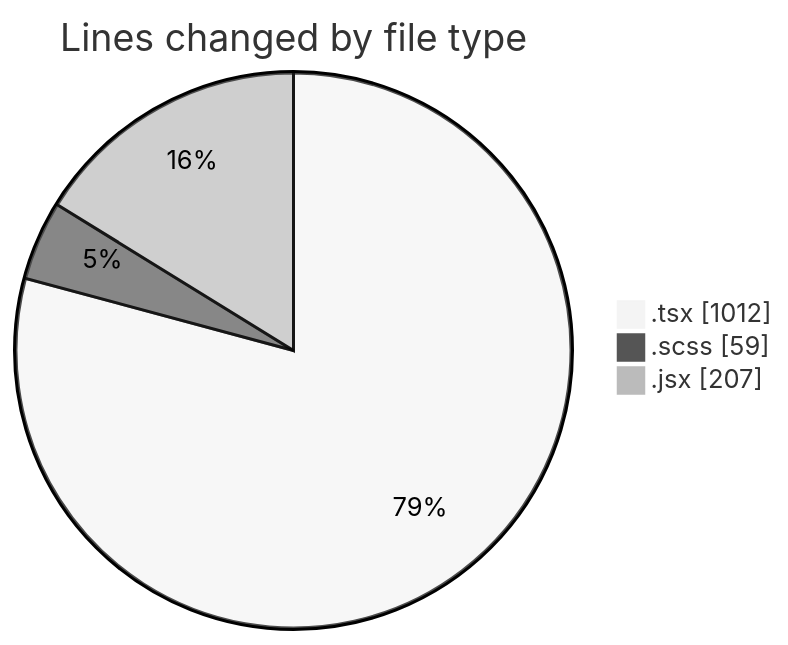
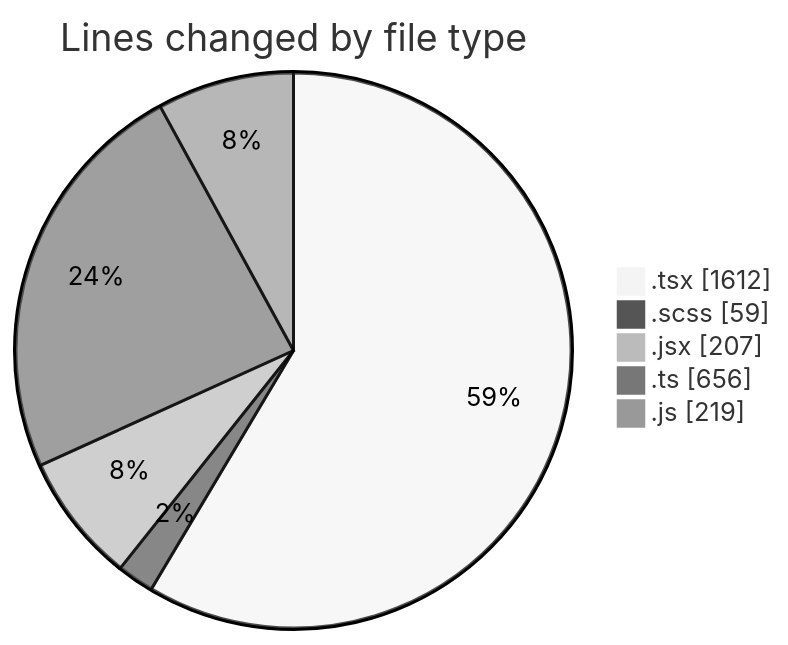
Before and after one commit to momahboobian/code-tracking: the first of 2 diagrams in 2026-07-23/cda/README.md, drawn with Mermaid (neutral theme). The commit also changed other lines of this file and 1 other file, not shown here.

````diff
--- a/2026-07-23/cda/README.md
+++ b/2026-07-23/cda/README.md
@@ -27,7 +34,9 @@
 ```mermaid
 pie showData
 title Lines changed by file type
-".tsx" : 1012
+".tsx" : 1612
 ".scss" : 59
 ".jsx" : 207
+".ts" : 656
+".js" : 219
 ```
````
